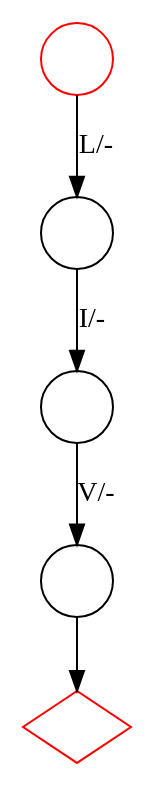
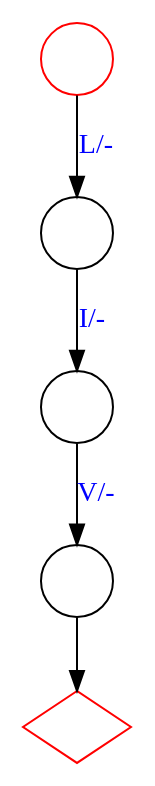
The diagram in liv-small.dot (ihh/transducer-tutorial), drawn with Graphviz before and after one commit. The commit also changed 14 other files, not shown here.

```diff
--- a/liv-small.dot
+++ b/liv-small.dot
@@ -1,15 +1,15 @@
 digraph G {
     S [label="", shape=circle, color=red];
     E [label="", shape=diamond, color=red];
 
     D1 [label="", shape=circle];
     D2 [label="", shape=circle];
     D3 [label="", shape=circle];
 
-    S->D1 [label="L/-"];
-    D1->D2 [label="I/-"];
-    D2->D3 [label="V/-"];
+    S->D1 [label="L/-", fontcolor=blue];
+    D1->D2 [label="I/-", fontcolor=blue];
+    D2->D3 [label="V/-", fontcolor=blue];
     D3->E;
 
 
 }
```
